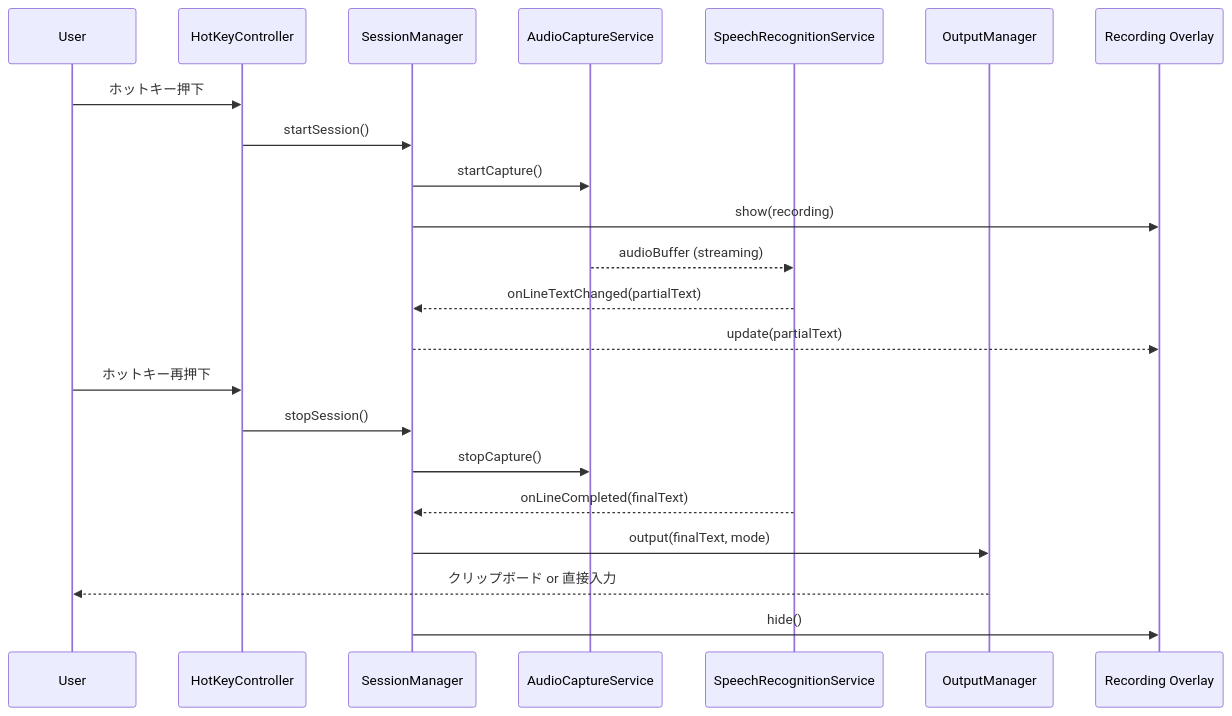
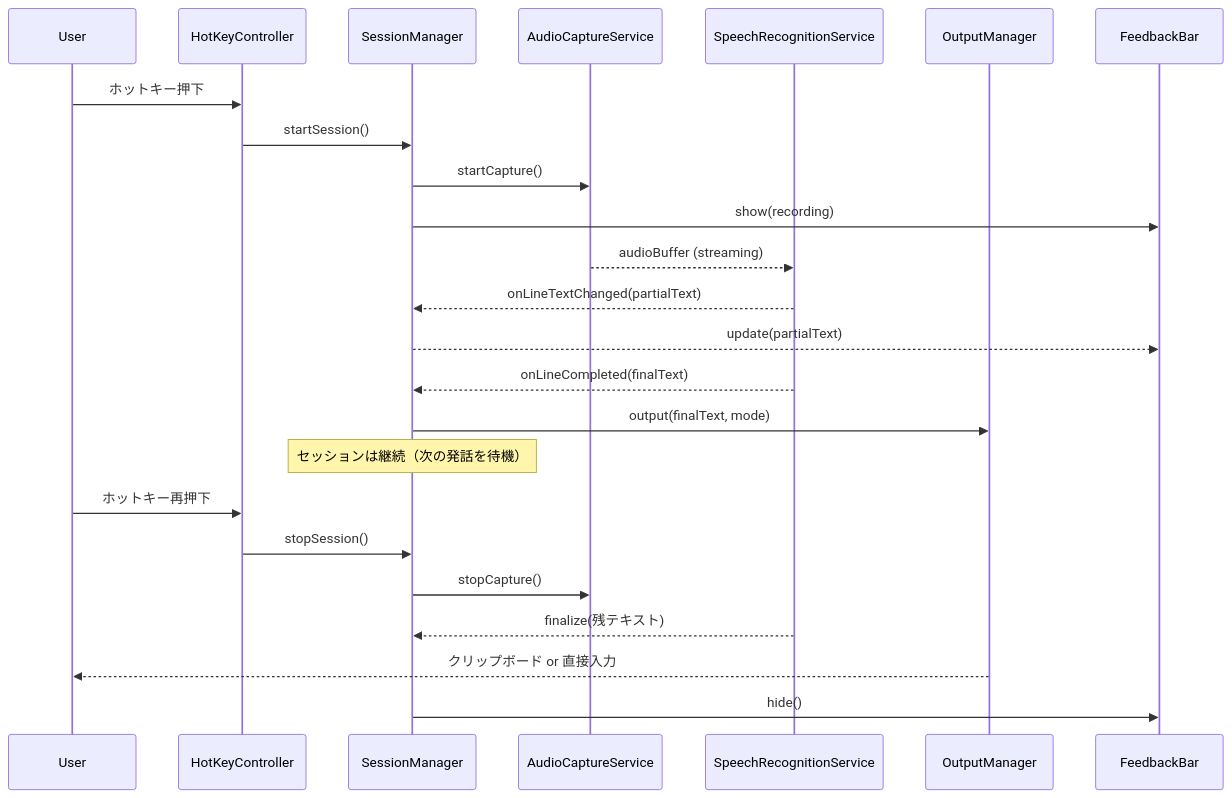
Before and after one commit to ryosuke-horie/kuchibi: the second of 4 diagrams in .kiro/specs/macos-voice-input-client/design.md, drawn with Mermaid. The commit also changed other lines of this file and 2 other files, not shown here.

````diff
--- a/.kiro/specs/macos-voice-input-client/design.md
+++ b/.kiro/specs/macos-voice-input-client/design.md
@@ -95,25 +95,27 @@
 ```mermaid
 sequenceDiagram
     participant User
     participant HotKey as HotKeyController
     participant Session as SessionManager
     participant Audio as AudioCaptureService
     participant ASR as SpeechRecognitionService
     participant Output as OutputManager
-    participant Overlay as Recording Overlay
+    participant Bar as FeedbackBar
 
     User->>HotKey: ホットキー押下
     HotKey->>Session: startSession()
     Session->>Audio: startCapture()
-    Session->>Overlay: show(recording)
+    Session->>Bar: show(recording)
     Audio-->>ASR: audioBuffer (streaming)
     ASR-->>Session: onLineTextChanged(partialText)
-    Session-->>Overlay: update(partialText)
+    Session-->>Bar: update(partialText)
+    ASR-->>Session: onLineCompleted(finalText)
+    Session->>Output: output(finalText, mode)
+    Note over Session: セッションは継続（次の発話を待機）
     User->>HotKey: ホットキー再押下
     HotKey->>Session: stopSession()
     Session->>Audio: stopCapture()
-    ASR-->>Session: onLineCompleted(finalText)
-    Session->>Output: output(finalText, mode)
+    ASR-->>Session: finalize(残テキスト)
     Output-->>User: クリップボード or 直接入力
-    Session->>Overlay: hide()
+    Session->>Bar: hide()
 ```
````
